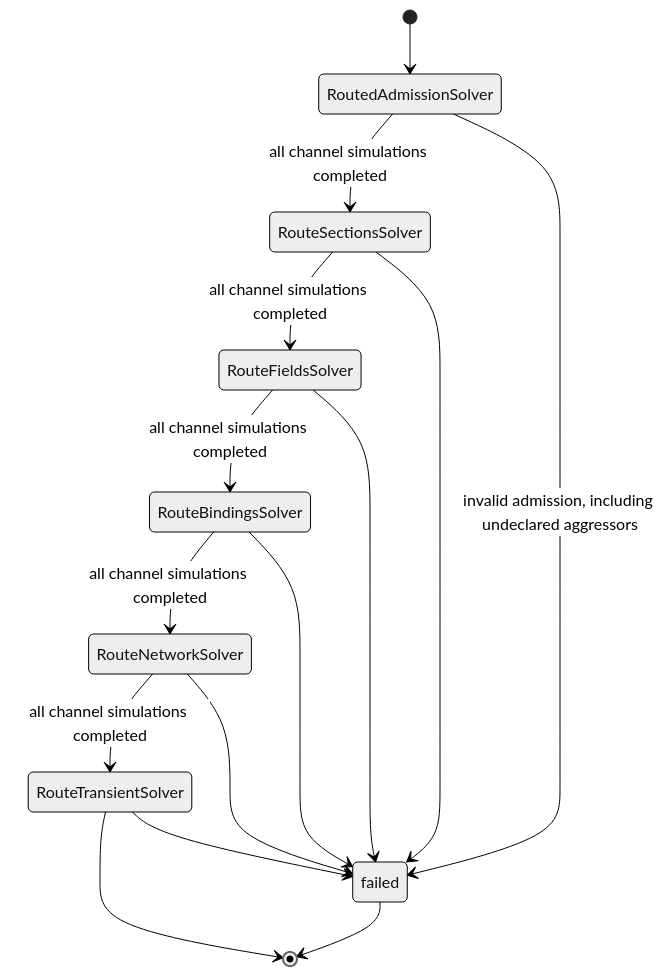
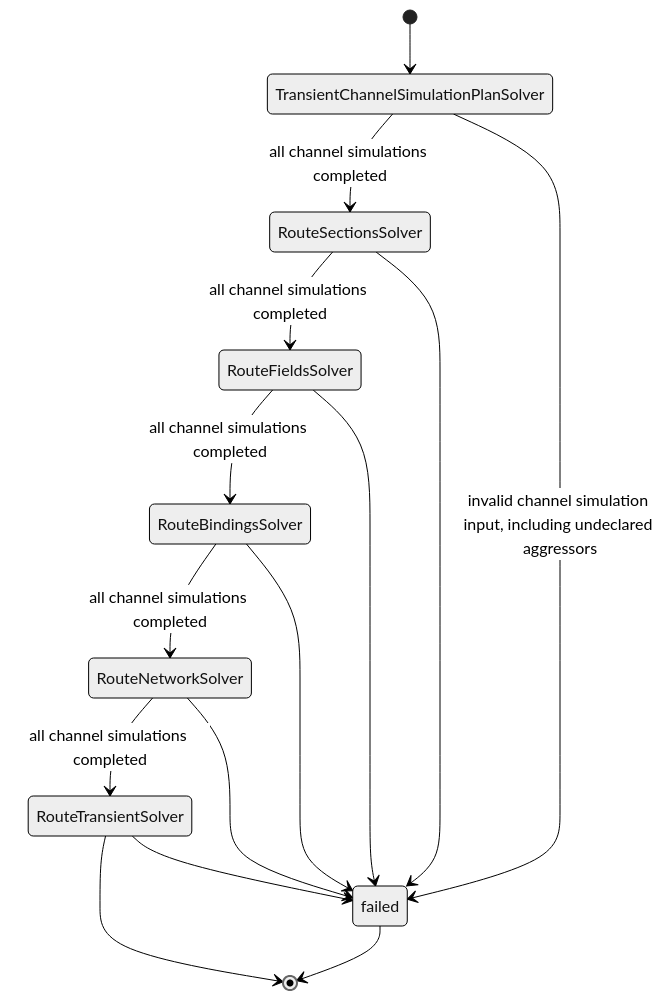
The third of 3 diagrams in README.md (draarivpatel-ui/signal-integrity-pipeline), drawn with Mermaid (neutral theme) before and after one commit. The commit also changed other lines of this file and 14 other files, not shown here.

Commit message:
Use transient channel simulation plan naming in #108

````diff
--- a/README.md
+++ b/README.md
@@ -114,17 +114,17 @@
 ```mermaid
 stateDiagram-v2
-  [*] --> RoutedAdmissionSolver
-  RoutedAdmissionSolver --> RouteSectionsSolver: all channel simulations completed
+  [*] --> TransientChannelSimulationPlanSolver
+  TransientChannelSimulationPlanSolver --> RouteSectionsSolver: all channel simulations completed
   RouteSectionsSolver --> RouteFieldsSolver: all channel simulations completed
   RouteFieldsSolver --> RouteBindingsSolver: all channel simulations completed
   RouteBindingsSolver --> RouteNetworkSolver: all channel simulations completed
   RouteNetworkSolver --> RouteTransientSolver: all channel simulations completed
   RouteTransientSolver --> [*]
-  RoutedAdmissionSolver --> failed: invalid admission, including undeclared aggressors
+  TransientChannelSimulationPlanSolver --> failed: invalid channel simulation input, including undeclared aggressors
   RouteSectionsSolver --> failed
   RouteFieldsSolver --> failed
   RouteBindingsSolver --> failed
   RouteNetworkSolver --> failed
   RouteTransientSolver --> failed
   failed --> [*]
 ```
````
